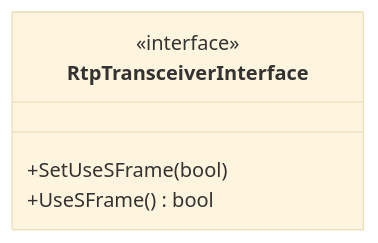
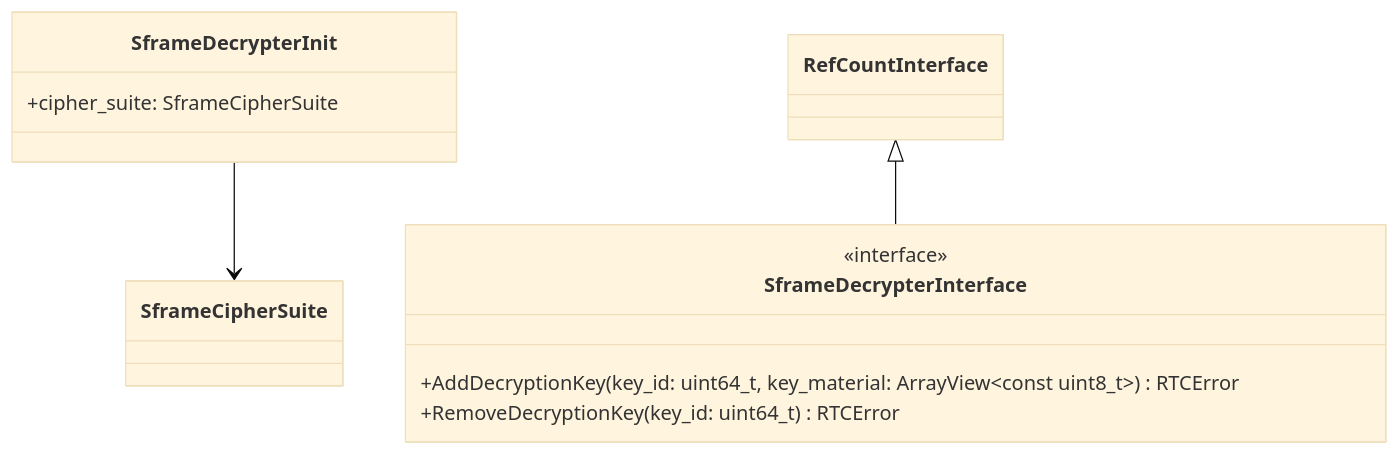
The third of 20 diagrams in README.md (webex/webrtc-sframe), drawn with Mermaid (base theme) before and after one commit. The commit also changed other lines of this file and 1 other file, not shown here.

````diff
--- a/README.md
+++ b/README.md
@@ -73,8 +100,15 @@
 ```mermaid
 classDiagram
-  class RtpTransceiverInterface {
-    <<interface>>
-    +SetUseSFrame(bool)
-    +UseSFrame() bool
-  }
+    class SframeDecrypterInit {
+        +cipher_suite: SframeCipherSuite
+    }
+
+    class SframeDecrypterInterface {
+        <<interface>>
+        +AddDecryptionKey(key_id: uint64_t, key_material: ArrayView~const uint8_t~) RTCError
+        +RemoveDecryptionKey(key_id: uint64_t) RTCError
+    }
+
+    SframeDecrypterInit --> SframeCipherSuite
+    RefCountInterface <|-- SframeDecrypterInterface
 ```
````
